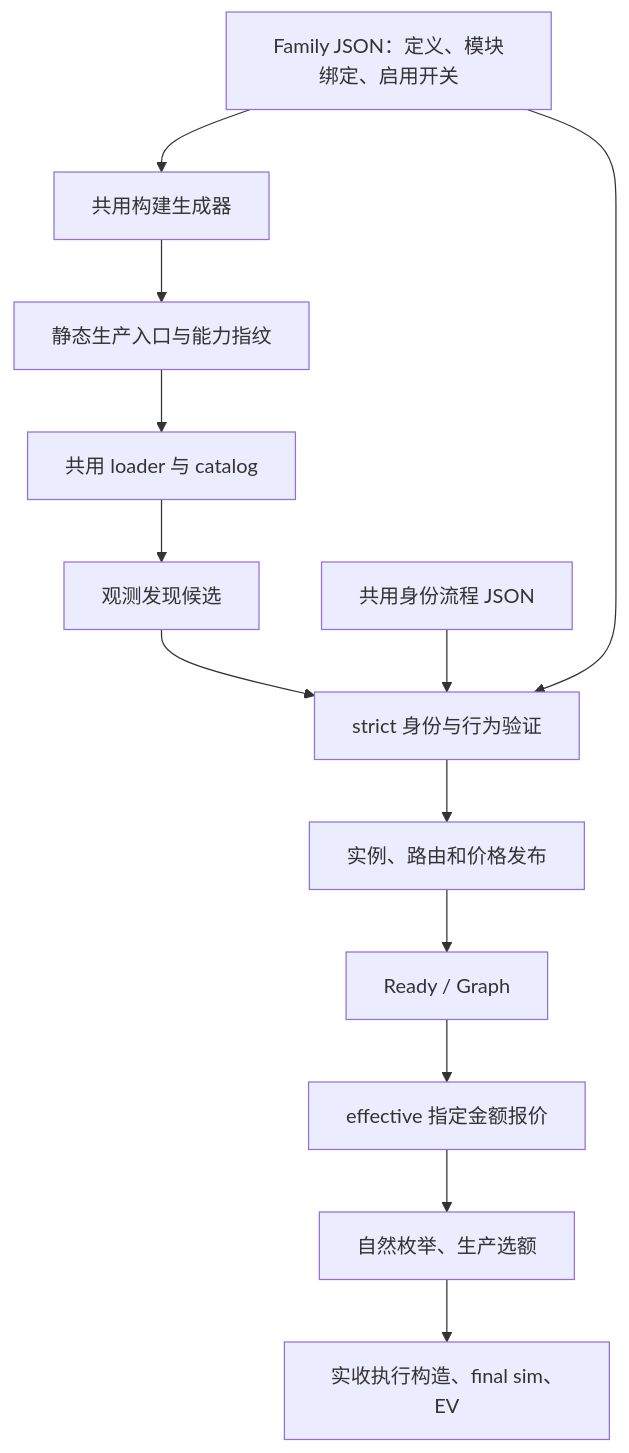
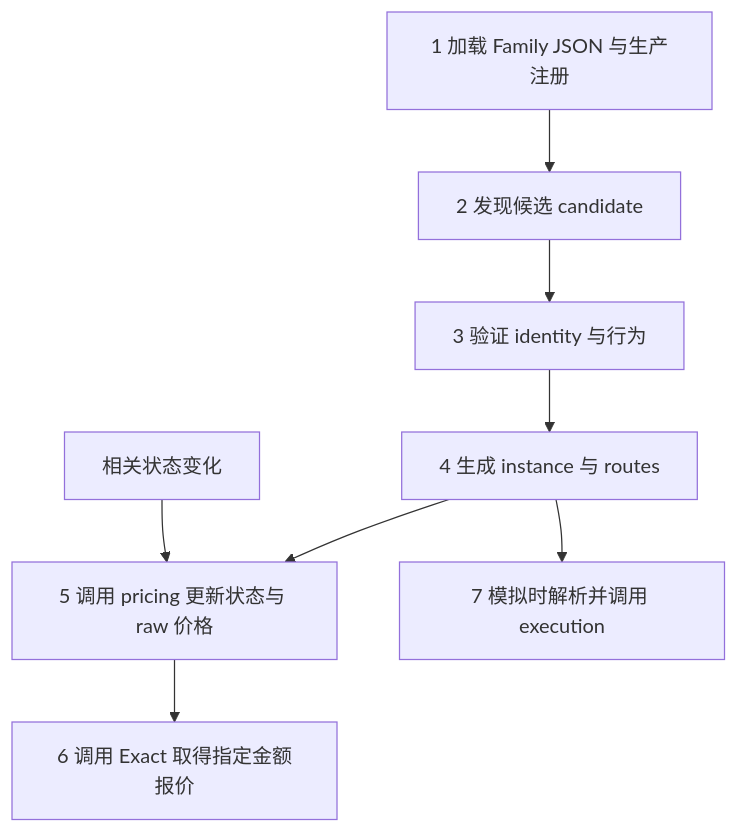
The diagram in docs/research/design/erc4626-declarative-production-architecture-20261027.md (EuniceLeeee/c0ffeebabe.eth), drawn with Mermaid before and after one commit. The commit also changed other lines of this file, not shown here.

Commit message:
docs: explain JSON-driven family plugin lifecycle

````diff
--- a/docs/research/design/erc4626-declarative-production-architecture-20261027.md
+++ b/docs/research/design/erc4626-declarative-production-architecture-20261027.md
@@ -11,15 +17,10 @@
 ```mermaid
 flowchart TD
-  J[Family JSON：定义、模块绑定、启用开关] --> B[共用构建生成器]
-  B --> G[静态生产入口与能力指纹]
-  G --> L[共用 loader 与 catalog]
-  L --> D[观测发现候选]
-  D --> I[strict 身份与行为验证]
-  F[共用身份流程 JSON] --> I
-  J --> I
-  I --> P[实例、路由和价格发布]
-  P --> R[Ready / Graph]
-  R --> E[effective 指定金额报价]
-  E --> S[自然枚举、生产选额]
-  S --> X[实收执行构造、final sim、EV]
+  A[1 加载 Family JSON 与生产注册] --> B[2 发现候选 candidate]
+  B --> C[3 验证 identity 与行为]
+  C --> D[4 生成 instance 与 routes]
+  D --> E[5 调用 pricing 更新状态与 raw 价格]
+  E --> F[6 调用 Exact 取得指定金额报价]
+  D --> G[7 模拟时解析并调用 execution]
+  N[相关状态变化] --> E
 ```
````
